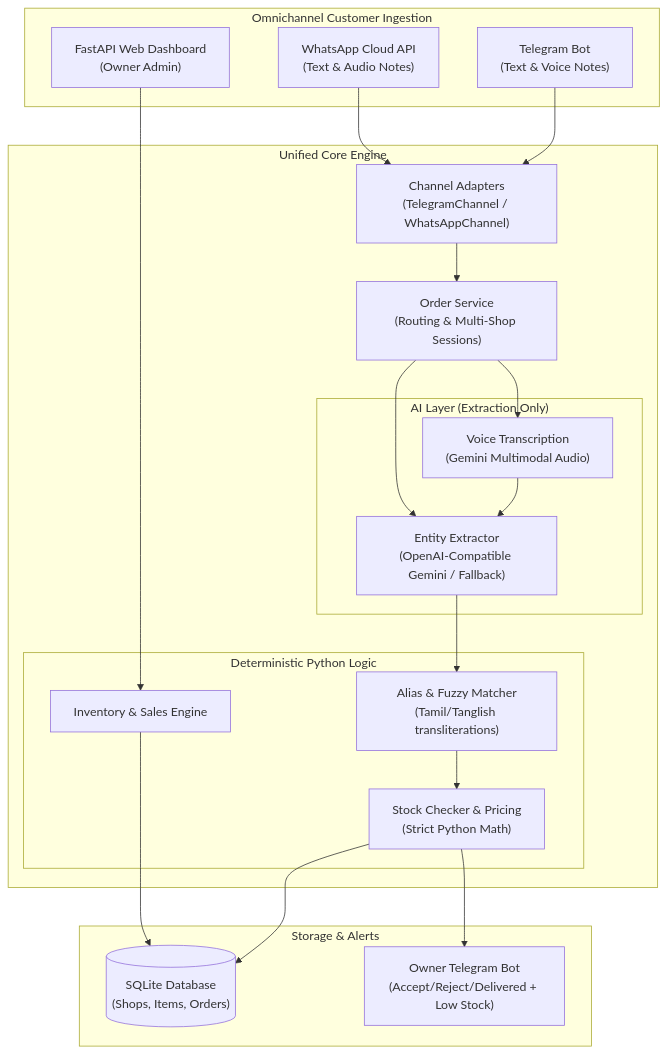
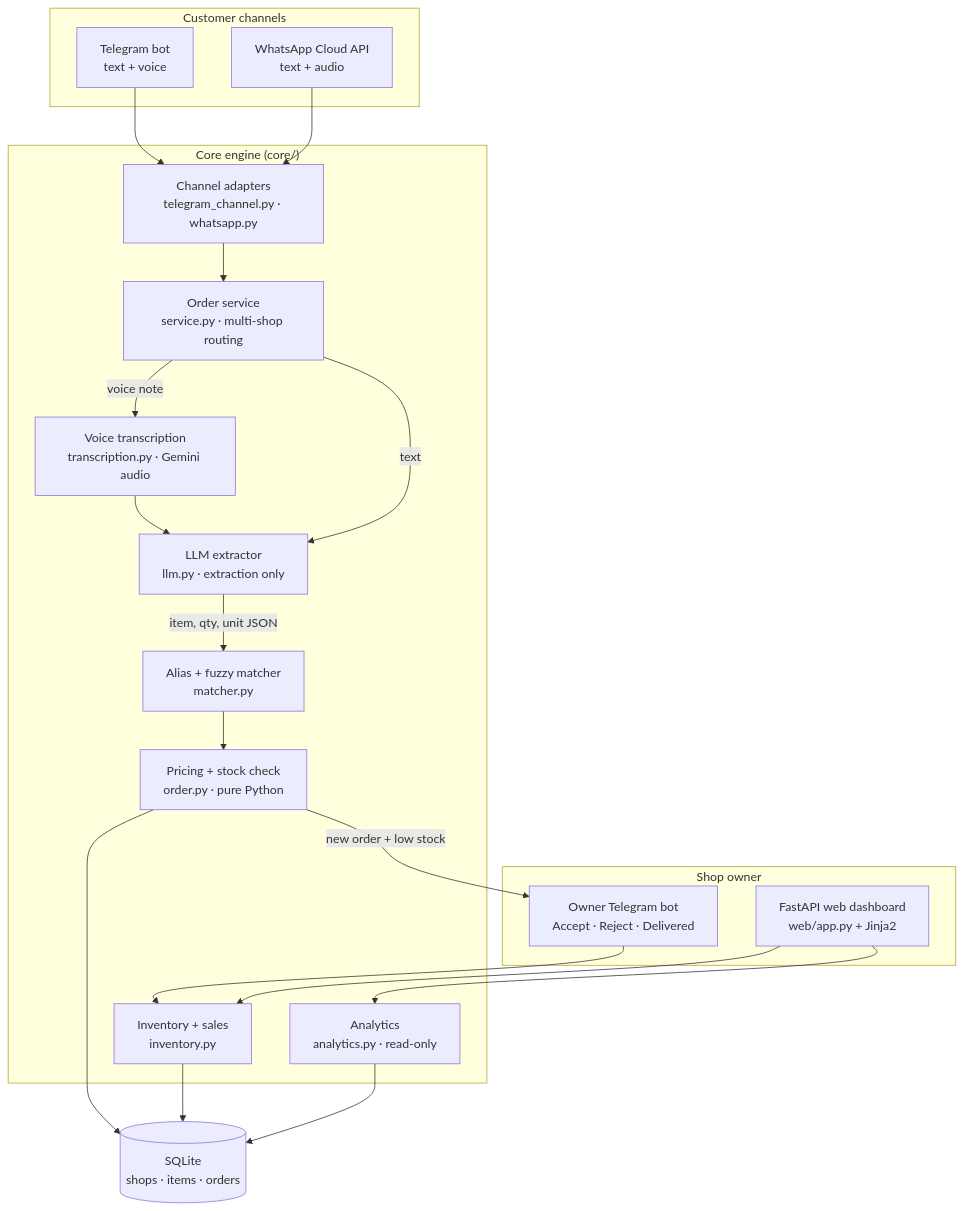
The first of 3 diagrams in README.md (Wolf-assualt/solluga-ai), drawn with Mermaid before and after one commit. The commit also changed other lines of this file and 22 other files, not shown here.

First line of the commit message:
feat: add development tooling and scripts for README charts and screenshots

````diff
--- a/README.md
+++ b/README.md
@@ -13,42 +102,41 @@
 ```mermaid
 flowchart TD
-    subgraph Channels["Omnichannel Customer Ingestion"]
-        TG["Telegram Bot\n(Text & Voice Notes)"]
-        WA["WhatsApp Cloud API\n(Text & Audio Notes)"]
-        WEB["FastAPI Web Dashboard\n(Owner Admin)"]
+    subgraph Channels["Customer channels"]
+        TG["Telegram bot<br/>text + voice"]
+        WA["WhatsApp Cloud API<br/>text + audio"]
     end
 
-    subgraph CoreLayer["Unified Core Engine"]
-        ADAPT["Channel Adapters\n(TelegramChannel / WhatsAppChannel)"]
-        SVC["Order Service\n(Routing & Multi-Shop Sessions)"]
-        
-        subgraph AI["AI Layer (Extraction Only)"]
-            STT["Voice Transcription\n(Gemini Multimodal Audio)"]
-            LLM["Entity Extractor\n(OpenAI-Compatible Gemini / Fallback)"]
-        end
-
-        subgraph BusinessLogic["Deterministic Python Logic"]
-            MATCHER["Alias & Fuzzy Matcher\n(Tamil/Tanglish transliterations)"]
-            ORDER["Stock Checker & Pricing\n(Strict Python Math)"]
-            INV["Inventory & Sales Engine"]
-        end
+    subgraph Core["Core engine (core/)"]
+        ADAPT["Channel adapters<br/>telegram_channel.py · whatsapp.py"]
+        SVC["Order service<br/>service.py · multi-shop routing"]
+        STT["Voice transcription<br/>transcription.py · Gemini audio"]
+        LLM["LLM extractor<br/>llm.py · extraction only"]
+        MATCH["Alias + fuzzy matcher<br/>matcher.py"]
+        ORDER["Pricing + stock check<br/>order.py · pure Python"]
+        INV["Inventory + sales<br/>inventory.py"]
+        ANA["Analytics<br/>analytics.py · read-only"]
     end
 
-    subgraph DataLayer["Storage & Alerts"]
-        DB[("SQLite Database\n(Shops, Items, Orders)")]
-        ALERT["Owner Telegram Bot\n(Accept/Reject/Delivered + Low Stock)"]
+    subgraph Owner["Shop owner"]
+        OWNERBOT["Owner Telegram bot<br/>Accept · Reject · Delivered"]
+        WEB["FastAPI web dashboard<br/>web/app.py + Jinja2"]
     end
+
+    DB[("SQLite<br/>shops · items · orders")]
 
     TG --> ADAPT
     WA --> ADAPT
     ADAPT --> SVC
-    SVC --> STT
+    SVC -->|"voice note"| STT
     STT --> LLM
-    SVC --> LLM
-    LLM --> MATCHER
-    MATCHER --> ORDER
+    SVC -->|"text"| LLM
+    LLM -->|"item, qty, unit JSON"| MATCH
+    MATCH --> ORDER
     ORDER --> DB
-    ORDER --> ALERT
+    ORDER -->|"new order + low stock"| OWNERBOT
+    OWNERBOT --> INV
     WEB --> INV
+    WEB --> ANA
     INV --> DB
+    ANA --> DB
 ```
````
